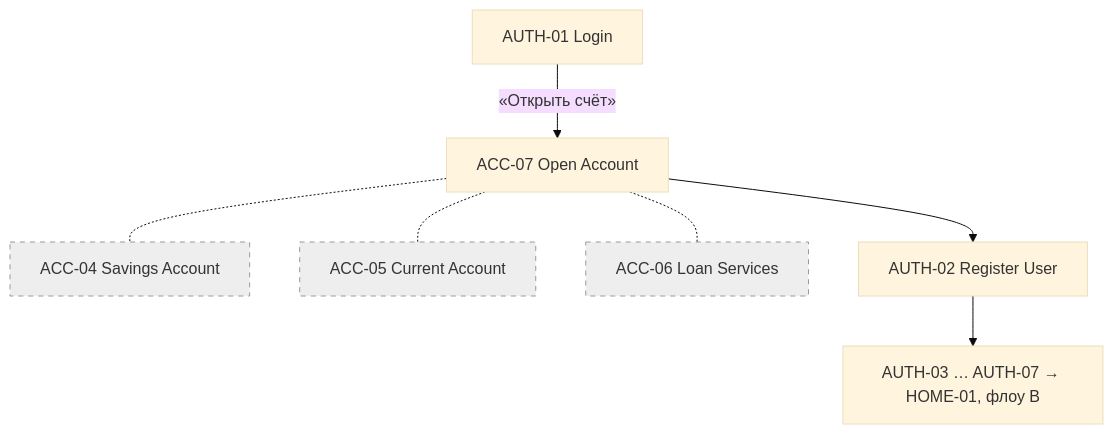
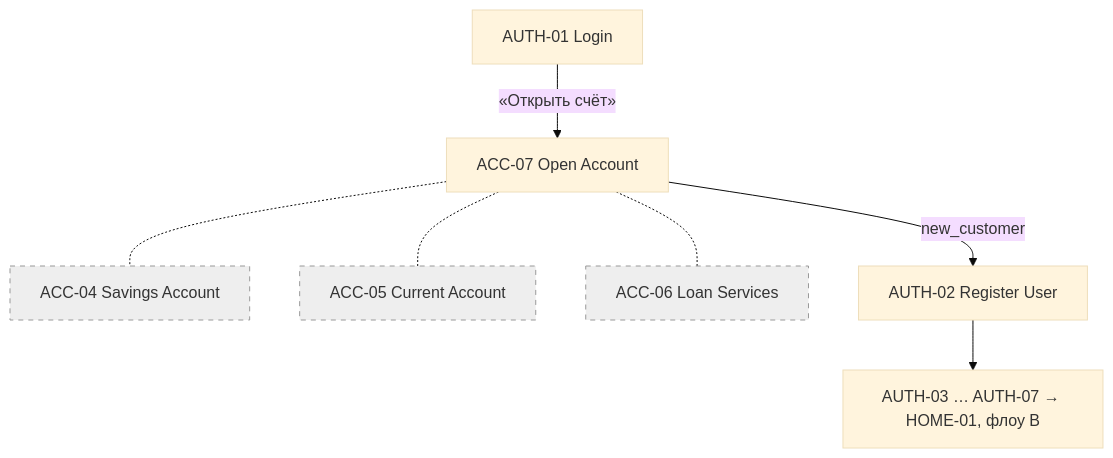
One commit to Shustrjak/claude_repo changed the sixth of 7 diagrams in docs/ui/USER_FLOWS.md. Above: the diagram before and after it, drawn with Mermaid (base theme). The commit also changed other lines of this file and 6 other files, not shown here.

````diff
--- a/docs/ui/USER_FLOWS.md
+++ b/docs/ui/USER_FLOWS.md
@@ -170,11 +175,11 @@
 ```mermaid
 flowchart TD
   AUTH01[AUTH-01 Login] -- "«Открыть счёт»" --> ACC07[ACC-07 Open Account]
   ACC07 -.- ACC04[ACC-04 Savings Account]
   ACC07 -.- ACC05[ACC-05 Current Account]
   ACC07 -.- ACC06[ACC-06 Loan Services]
-  ACC07 --> AUTH02[AUTH-02 Register User]
+  ACC07 -- new_customer --> AUTH02[AUTH-02 Register User]
   AUTH02 --> REST[AUTH-03 … AUTH-07 → HOME-01, флоу B]
   classDef disabled fill:#eee,stroke:#999,stroke-dasharray: 5 5
   class ACC04,ACC05,ACC06 disabled
 ```
````
